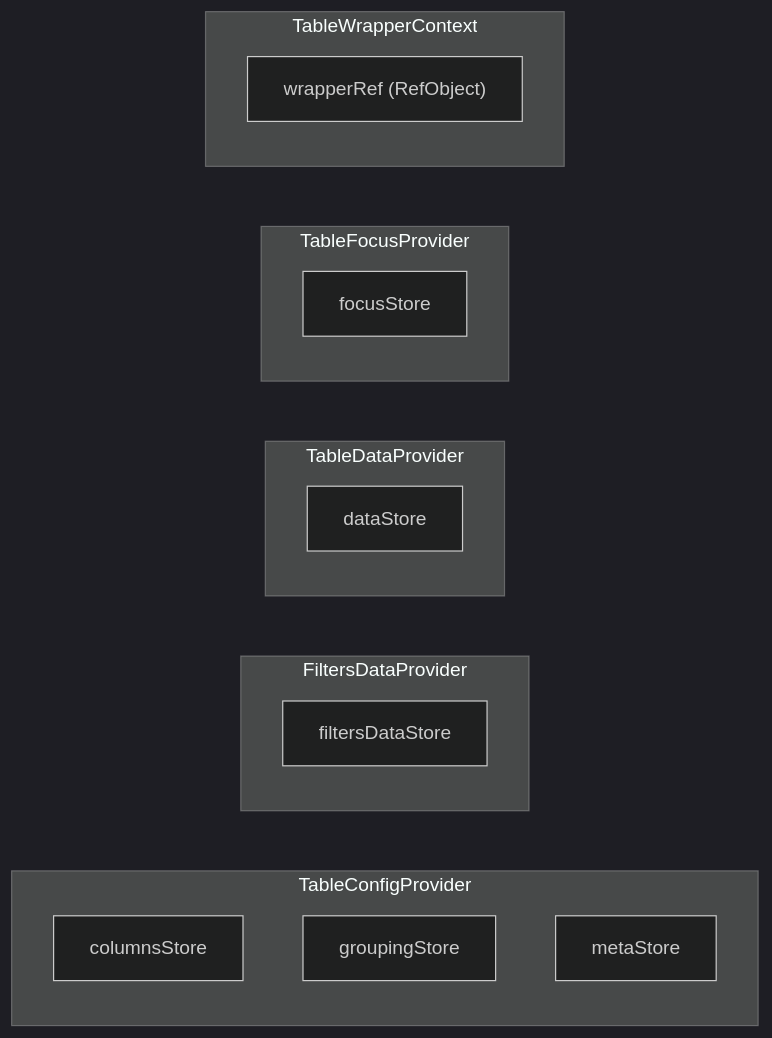
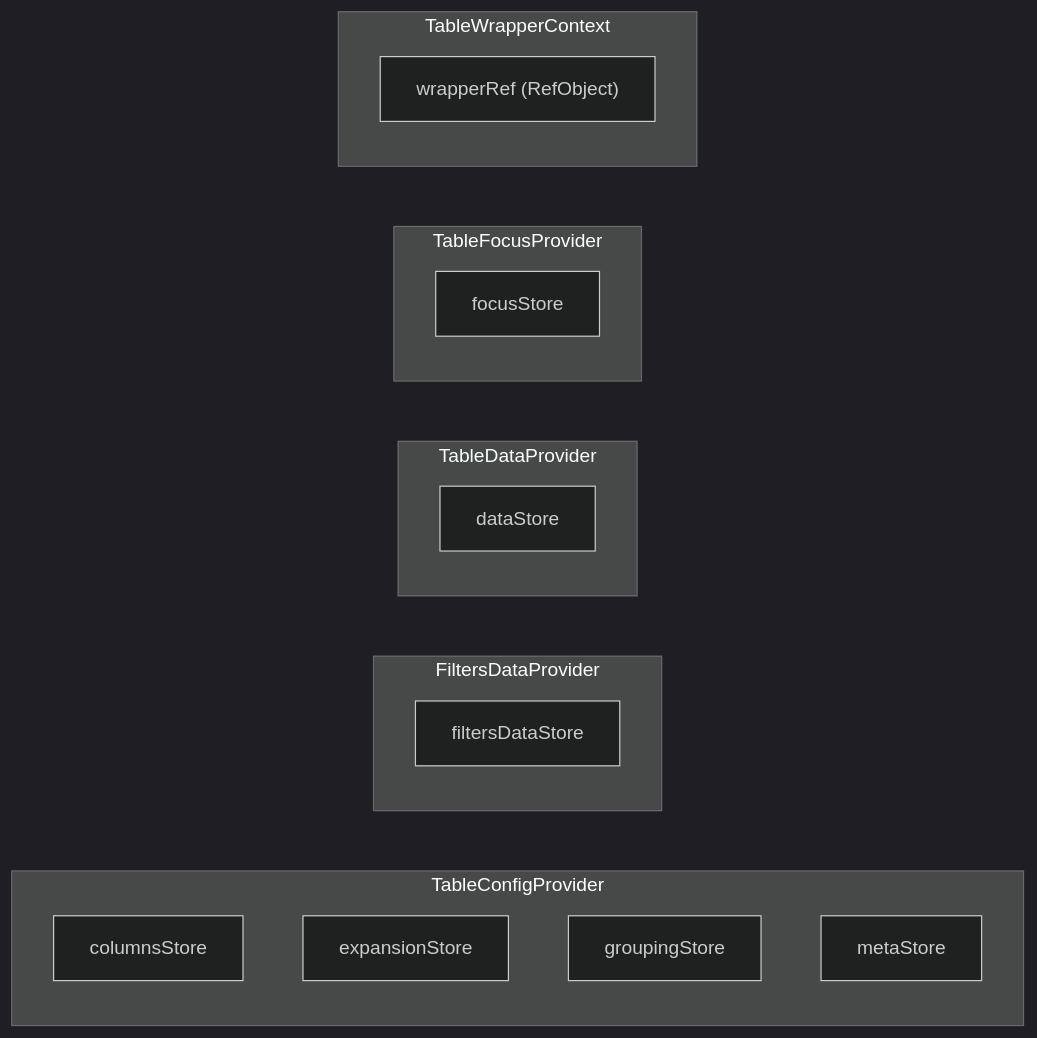
One commit to luciocabrera/lcabrera-stack changed the second of 3 diagrams in packages/ui/src/components/Table/contexts/ARCHITECTURE.md. Above: the diagram before and after it, drawn with Mermaid (dark theme). The commit also changed other lines of this file and 62 other files, not shown here.

````diff
--- a/packages/ui/src/components/Table/contexts/ARCHITECTURE.md
+++ b/packages/ui/src/components/Table/contexts/ARCHITECTURE.md
@@ -73,24 +76,25 @@
 ```mermaid
 graph LR
   subgraph TableConfigProvider
     CS["columnsStore"]
+    ES["expansionStore"]
     GS["groupingStore"]
     MS["metaStore"]
   end
 
   subgraph FiltersDataProvider
     FS["filtersDataStore"]
   end
 
   subgraph TableDataProvider
     DS["dataStore"]
   end
 
   subgraph TableFocusProvider
     FoS["focusStore"]
   end
 
   subgraph TableWrapperContext
     WR["wrapperRef (RefObject)"]
   end
 ```
````
